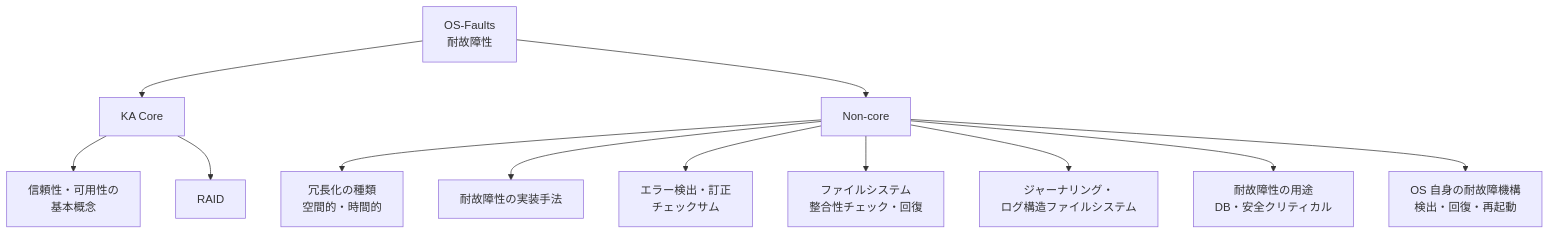
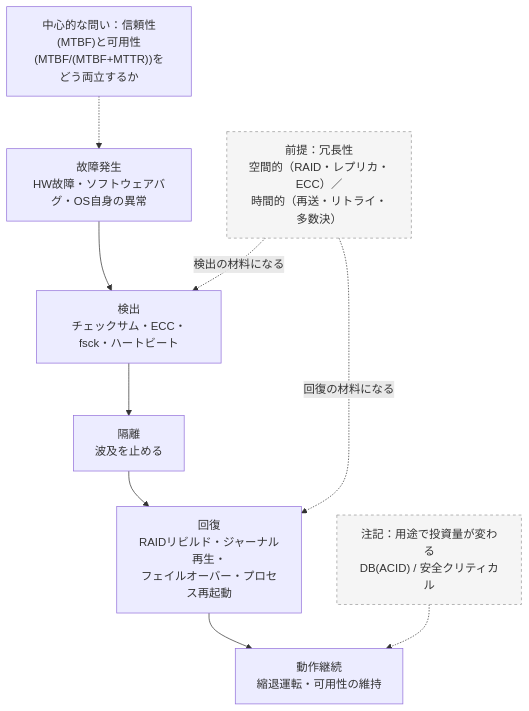
Before and after one commit to miyataka/cszap: the diagram in docs/OS/OS-Faults.md, drawn with Mermaid. The commit also changed other lines of this file and 28 other files, not shown here.

First line of the commit message:
docs: redesign 全体像 diagrams per unit (29 pages)

````diff
--- a/docs/OS/OS-Faults.md
+++ b/docs/OS/OS-Faults.md
@@ -12,14 +12,20 @@
 ```mermaid
 graph TD
-  A[OS-Faults<br/>耐故障性] --> B[KA Core]
-  A --> C[Non-core]
-  B --> B1[信頼性・可用性の<br/>基本概念]
-  B --> B2[RAID]
-  C --> C1[冗長化の種類<br/>空間的・時間的]
-  C --> C2[耐故障性の実装手法]
-  C --> C3[エラー検出・訂正<br/>チェックサム]
-  C --> C4[ファイルシステム<br/>整合性チェック・回復]
-  C --> C5[ジャーナリング・<br/>ログ構造ファイルシステム]
-  C --> C6[耐故障性の用途<br/>DB・安全クリティカル]
-  C --> C7[OS 自身の耐故障機構<br/>検出・回復・再起動]
+  Q["中心的な問い：信頼性(MTBF)と可用性(MTBF/(MTBF+MTTR))を<br/>どう両立するか"]
+  FAULT["故障発生<br/>HW故障・ソフトウェアバグ・OS自身の異常"]
+  DETECT["検出<br/>チェックサム・ECC・fsck・ハートビート"]
+  ISOLATE["隔離<br/>波及を止める"]
+  RECOVER["回復<br/>RAIDリビルド・ジャーナル再生・<br/>フェイルオーバー・プロセス再起動"]
+  CONTINUE["動作継続<br/>縮退運転・可用性の維持"]
+  REDUN["前提：冗長性<br/>空間的（RAID・レプリカ・ECC）／<br/>時間的（再送・リトライ・多数決）"]
+  USECASE["注記：用途で投資量が変わる<br/>DB(ACID) / 安全クリティカル"]
+
+  Q -.-> FAULT
+  FAULT --> DETECT --> ISOLATE --> RECOVER --> CONTINUE
+  REDUN -.->|"検出の材料になる"| DETECT
+  REDUN -.->|"回復の材料になる"| RECOVER
+  USECASE -.-> CONTINUE
+
+  classDef note fill:#f5f5f5,stroke:#999,color:#333,stroke-dasharray:4;
+  class REDUN,USECASE note;
 ```
````
